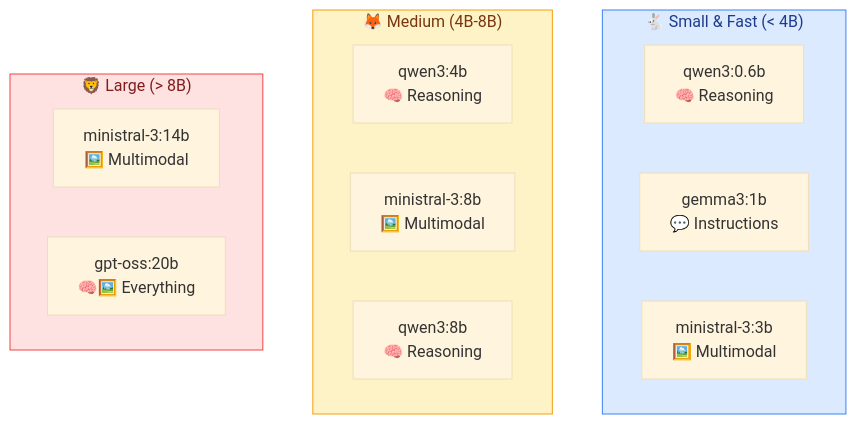
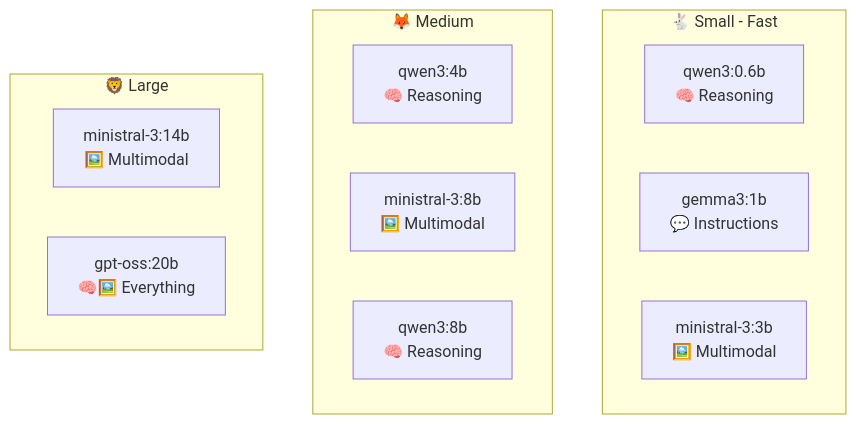
Before and after one commit to adityasasidhar/Llm_router: the third of 3 diagrams in README.md, drawn with Mermaid. The commit also changed other lines of this file, not shown here.

Commit message:
Fix mermaid diagram syntax

````diff
--- a/README.md
+++ b/README.md
@@ -162,24 +158,19 @@
 ```mermaid
-%%{init: {'theme': 'base'}}%%
-graph TB
-    subgraph Small["🐇 Small & Fast (< 4B)"]
+flowchart TB
+    subgraph Small["🐇 Small - Fast"]
         A["qwen3:0.6b<br/>🧠 Reasoning"]
         B["gemma3:1b<br/>💬 Instructions"]
         C["ministral-3:3b<br/>🖼️ Multimodal"]
     end
     
-    subgraph Medium["🦊 Medium (4B-8B)"]
+    subgraph Medium["🦊 Medium"]
         D["qwen3:4b<br/>🧠 Reasoning"]
         E["ministral-3:8b<br/>🖼️ Multimodal"]
         F["qwen3:8b<br/>🧠 Reasoning"]
     end
     
-    subgraph Large["🦁 Large (> 8B)"]
+    subgraph Large["🦁 Large"]
         G["ministral-3:14b<br/>🖼️ Multimodal"]
         H["gpt-oss:20b<br/>🧠🖼️ Everything"]
     end
-    
-    style Small fill:#dbeafe,stroke:#3b82f6,color:#1e3a8a
-    style Medium fill:#fef3c7,stroke:#f59e0b,color:#78350f
-    style Large fill:#fee2e2,stroke:#ef4444,color:#7f1d1d
 ```
````
